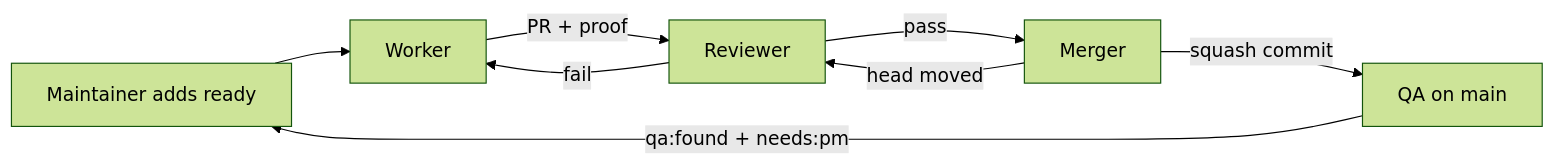
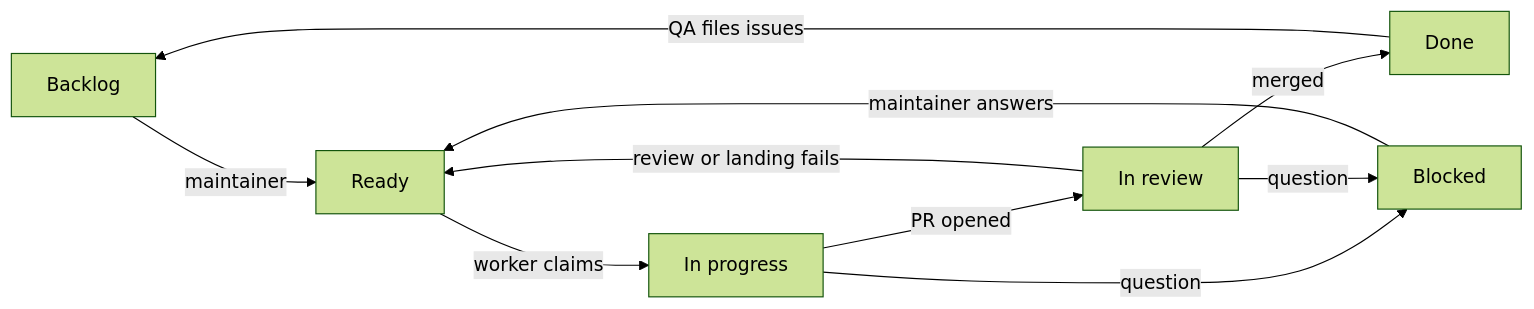
One commit to tvararu/tuicraft changed the diagram in docs/factory.md. Above: the diagram before and after it, drawn with Mermaid (forest theme). The commit also changed other lines of this file and 26 other files, not shown here.

````diff
--- a/docs/factory.md
+++ b/docs/factory.md
@@ -8,10 +12,12 @@
 ```mermaid
 flowchart LR
-  T[Maintainer adds ready] --> W[Worker]
-  W -->|PR + proof| R[Reviewer]
-  R -->|fail| W
-  R -->|pass| M[Merger]
-  M -->|head moved| R
-  M -->|squash commit| Q[QA on main]
-  Q -->|qa:found + needs:pm| T
+  B[Backlog] -->|maintainer| R[Ready]
+  R -->|worker claims| P[In progress]
+  P -->|PR opened| V[In review]
+  V -->|review or landing fails| R
+  V -->|merged| D[Done]
+  P -->|question| K[Blocked]
+  V -->|question| K
+  K -->|maintainer answers| R
+  D -->|QA files issues| B
 ```
````
